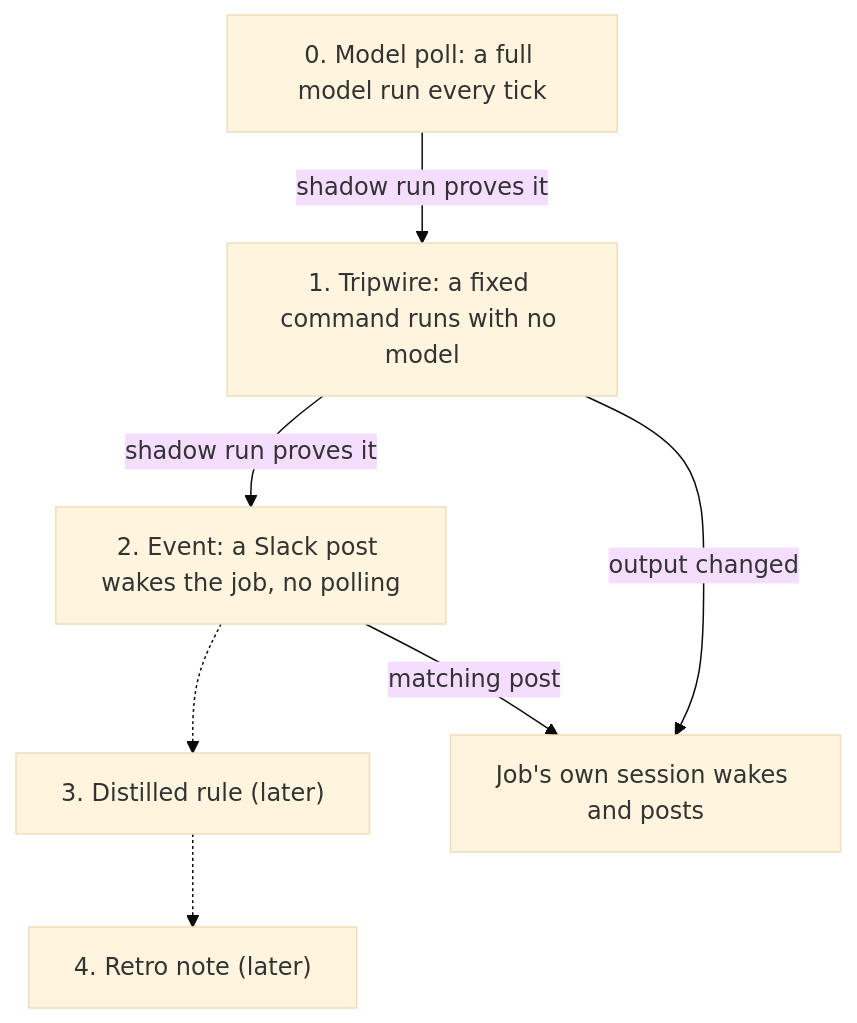
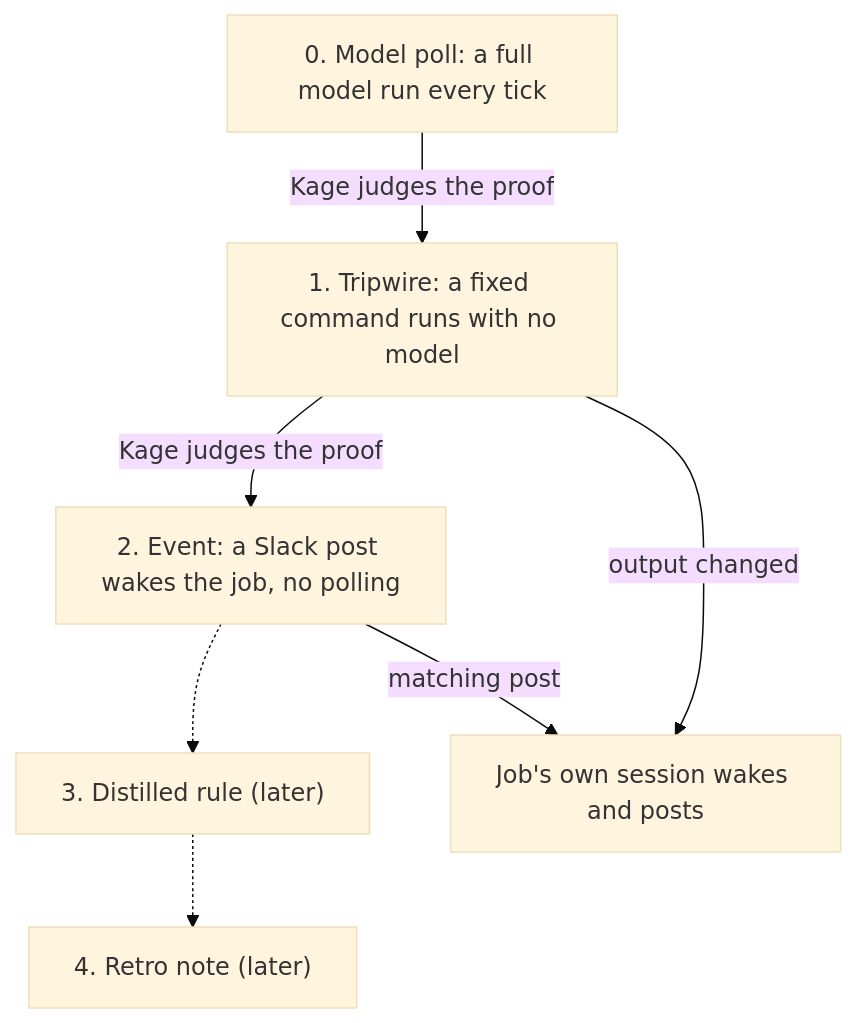
Before and after one commit to aloki-alok/kage: the diagram in docs/concepts/how-kage-keeps-monitors-cheap.md, drawn with Mermaid (base theme). The commit also changed other lines of this file and 1 other file, not shown here.

First line of the commit message:
Proof before a cheaper rung is Kage's judgment, not a fixed trial

````diff
--- a/docs/concepts/how-kage-keeps-monitors-cheap.md
+++ b/docs/concepts/how-kage-keeps-monitors-cheap.md
@@ -1,14 +1,14 @@
 ```mermaid
 flowchart TD
   R0["0. Model poll: a full model run every tick"]:::cost
   R1["1. Tripwire: a fixed command runs with no model"]:::cheap
   R2["2. Event: a Slack post wakes the job, no polling"]:::cheap
   R3["3. Distilled rule (later)"]
   R4["4. Retro note (later)"]
-  R0 -->|"shadow run proves it"| R1
-  R1 -->|"shadow run proves it"| R2
+  R0 -->|"Kage judges the proof"| R1
+  R1 -->|"Kage judges the proof"| R2
   R2 -.-> R3
   R3 -.-> R4
   R1 -->|"output changed"| W["Job's own session wakes and posts"]
   R2 -->|"matching post"| W
 ```
````
